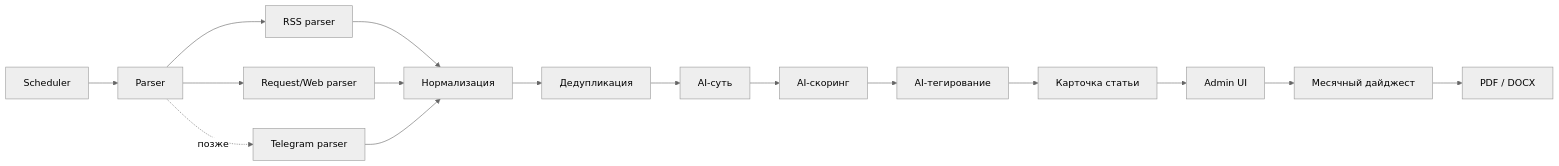
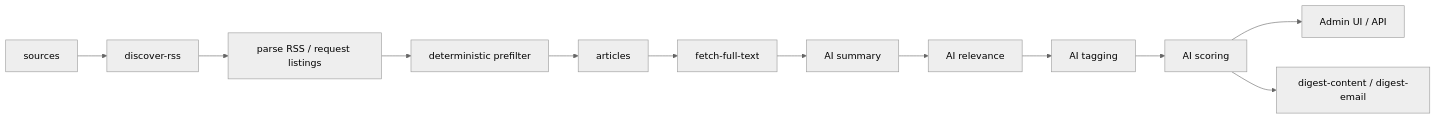
One commit to electromop/oiltech-digest changed the first of 3 diagrams in docs/architecture.md. Above: the diagram before and after it, drawn with Mermaid (neutral theme). The commit also changed other lines of this file and 31 other files, not shown here.

````diff
--- a/docs/architecture.md
+++ b/docs/architecture.md
@@ -41,21 +17,14 @@
 ```mermaid
 flowchart LR
-  S["Scheduler"] --> P["Parser"]
-  P --> R["RSS parser"]
-  P --> W["Request/Web parser"]
-  P -. "позже" .-> TG["Telegram parser"]
-
-  R --> N["Нормализация"]
-  W --> N
-  TG --> N
-
-  N --> D["Дедупликация"]
-  D --> A["AI-суть"]
-  A --> SC["AI-скоринг"]
-  SC --> T["AI-тегирование"]
-  T --> C["Карточка статьи"]
-
-  C --> UI["Admin UI"]
-  UI --> MD["Месячный дайджест"]
-  MD --> EX["PDF / DOCX"]
+  SRC["sources"] --> DISC["discover-rss"]
+  DISC --> PARSE["parse RSS / request listings"]
+  PARSE --> PREF["deterministic prefilter"]
+  PREF --> ART["articles"]
+  ART --> FULL["fetch-full-text"]
+  FULL --> SUM["AI summary"]
+  SUM --> REL["AI relevance"]
+  REL --> TAG["AI tagging"]
+  TAG --> SCORE["AI scoring"]
+  SCORE --> UI["Admin UI / API"]
+  SCORE --> DIG["digest-content / digest-email"]
 ```
````
